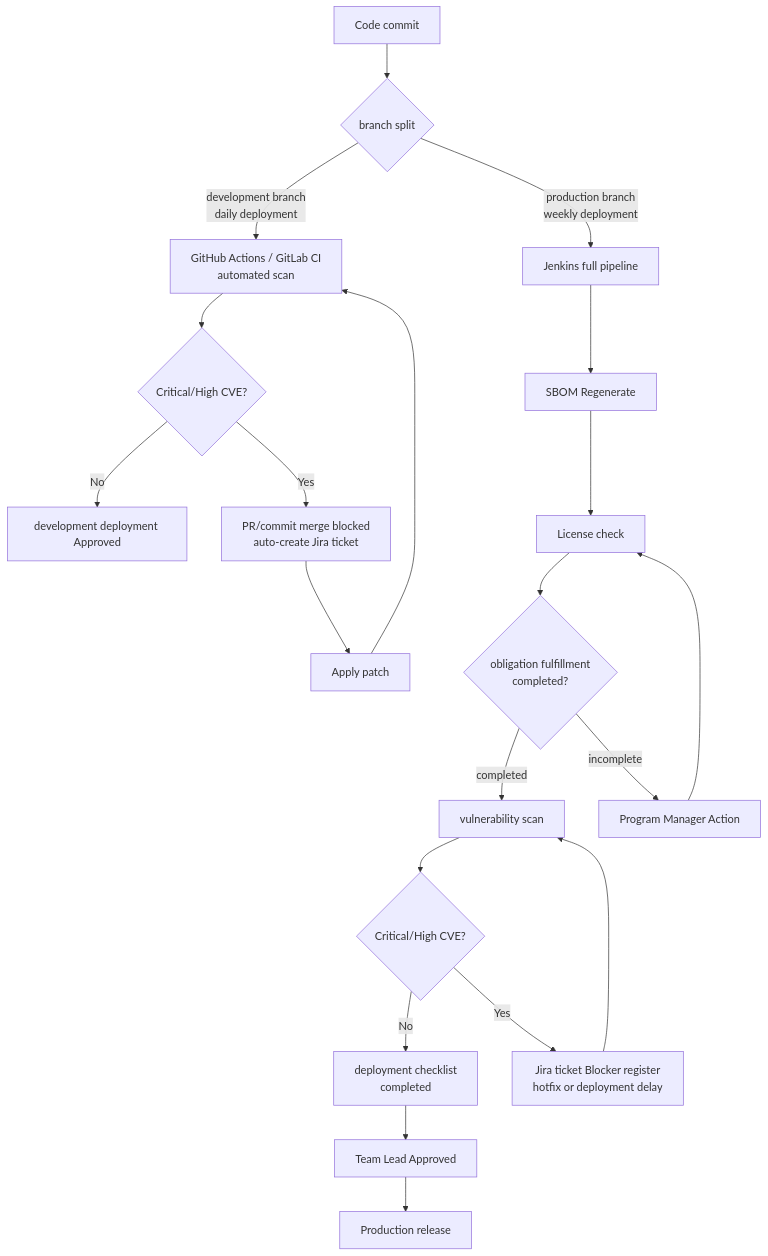
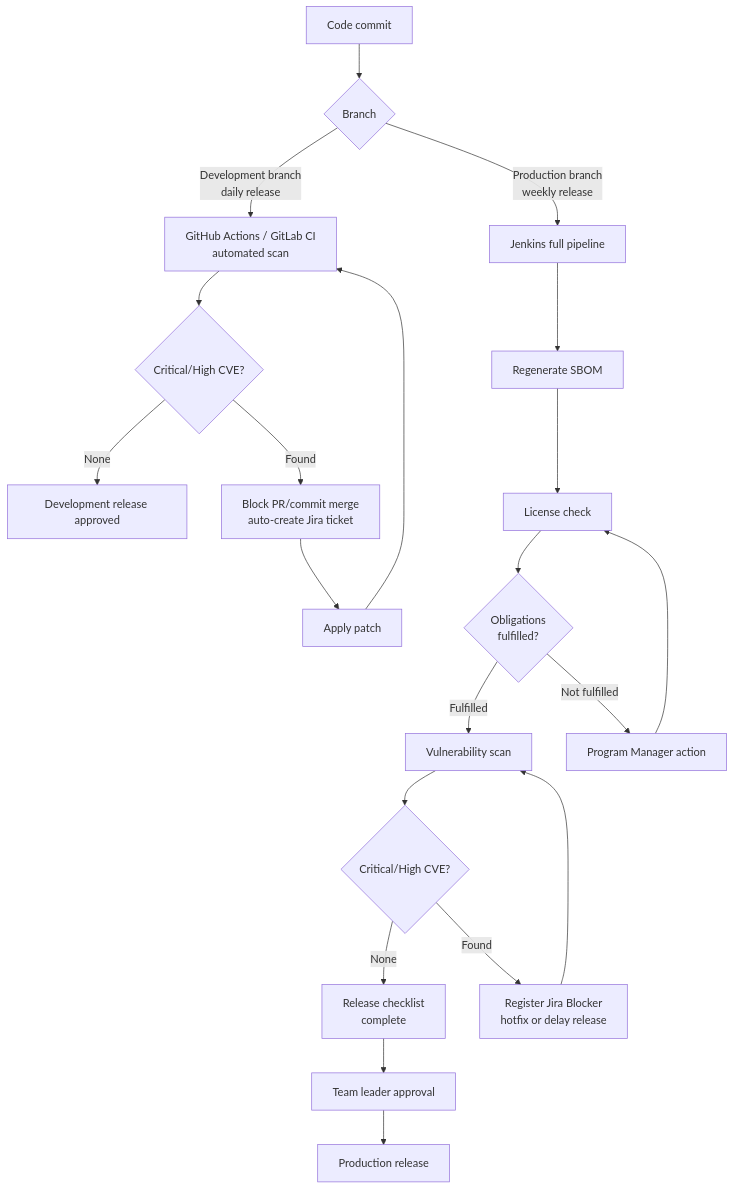
One commit to trustedoss/trustedoss.github.io changed the second of 4 diagrams in website/i18n/en/docusaurus-plugin-content-docs-reference/current/samples/process.md. Above: the diagram before and after it, drawn with Mermaid. The commit also changed other lines of this file and 33 other files, not shown here.

````diff
--- a/website/i18n/en/docusaurus-plugin-content-docs-reference/current/samples/process.md
+++ b/website/i18n/en/docusaurus-plugin-content-docs-reference/current/samples/process.md
@@ -573,23 +637,23 @@
 ```mermaid
 graph TD
-    A[Code commit] --> B{branch split}
-    B -->|development branch\ndaily deployment| C[GitHub Actions / GitLab CI\nautomated scan]
-    B -->|production branch\nweekly deployment| D[Jenkins full pipeline]
+    A[Code commit] --> B{Branch}
+    B -->|Development branch\ndaily release| C[GitHub Actions / GitLab CI\nautomated scan]
+    B -->|Production branch\nweekly release| D[Jenkins full pipeline]
     C --> E{Critical/High CVE?}
-    E -->|No| F[development deployment Approved]
-    E -->|Yes| G[PR/commit merge blocked\nauto-create Jira ticket]
+    E -->|None| F[Development release approved]
+    E -->|Found| G[Block PR/commit merge\nauto-create Jira ticket]
     G --> H[Apply patch]
     H --> C
-    D --> I[SBOM Regenerate]
+    D --> I[Regenerate SBOM]
     I --> J[License check]
-    J --> K{obligation fulfillment\ncompleted?}
-    K -->|completed| L[vulnerability scan]
-    K -->|incomplete| M[Program Manager Action]
+    J --> K{Obligations\nfulfilled?}
+    K -->|Fulfilled| L[Vulnerability scan]
+    K -->|Not fulfilled| M[Program Manager action]
     M --> J
     L --> N{Critical/High CVE?}
-    N -->|No| O[deployment checklist\ncompleted]
-    N -->|Yes| P[Jira ticket Blocker register\nhotfix or deployment delay]
+    N -->|None| O[Release checklist\ncomplete]
+    N -->|Found| P[Register Jira Blocker\nhotfix or delay release]
     P --> L
-    O --> Q[Team Lead Approved]
+    O --> Q[Team leader approval]
     Q --> R[Production release]
 ```
````
